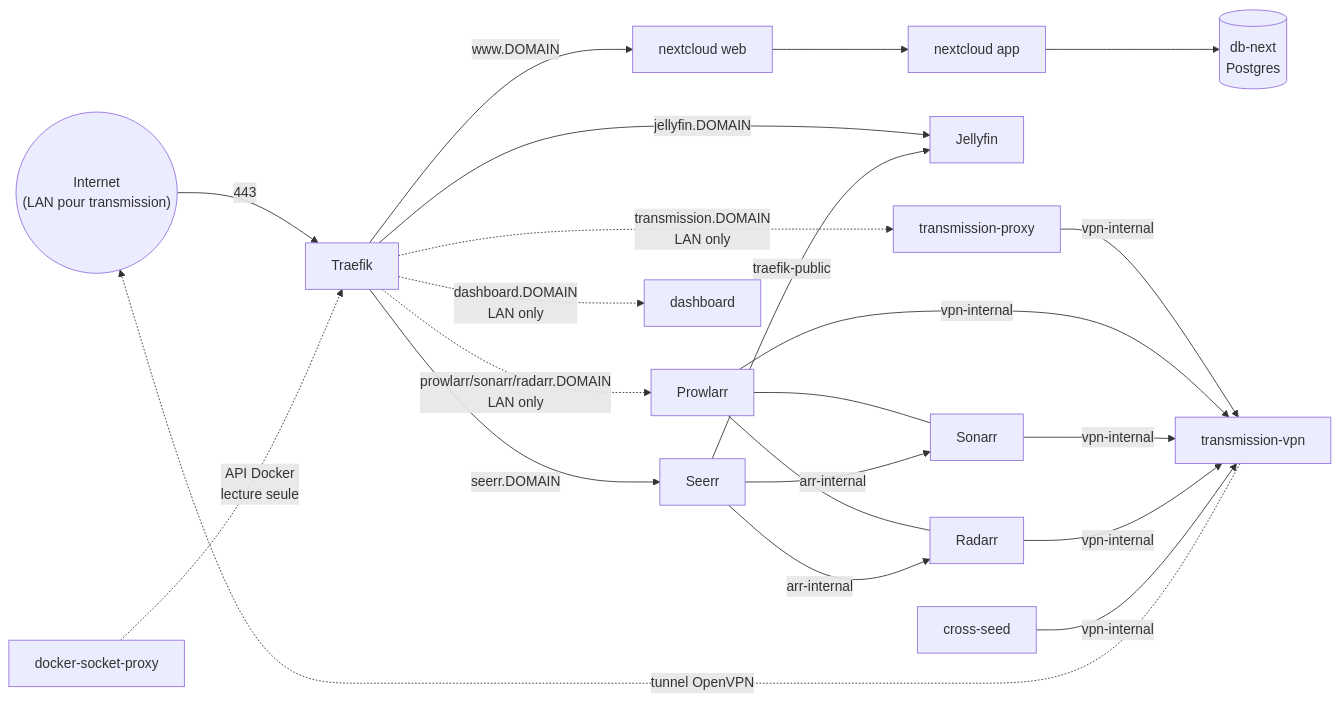
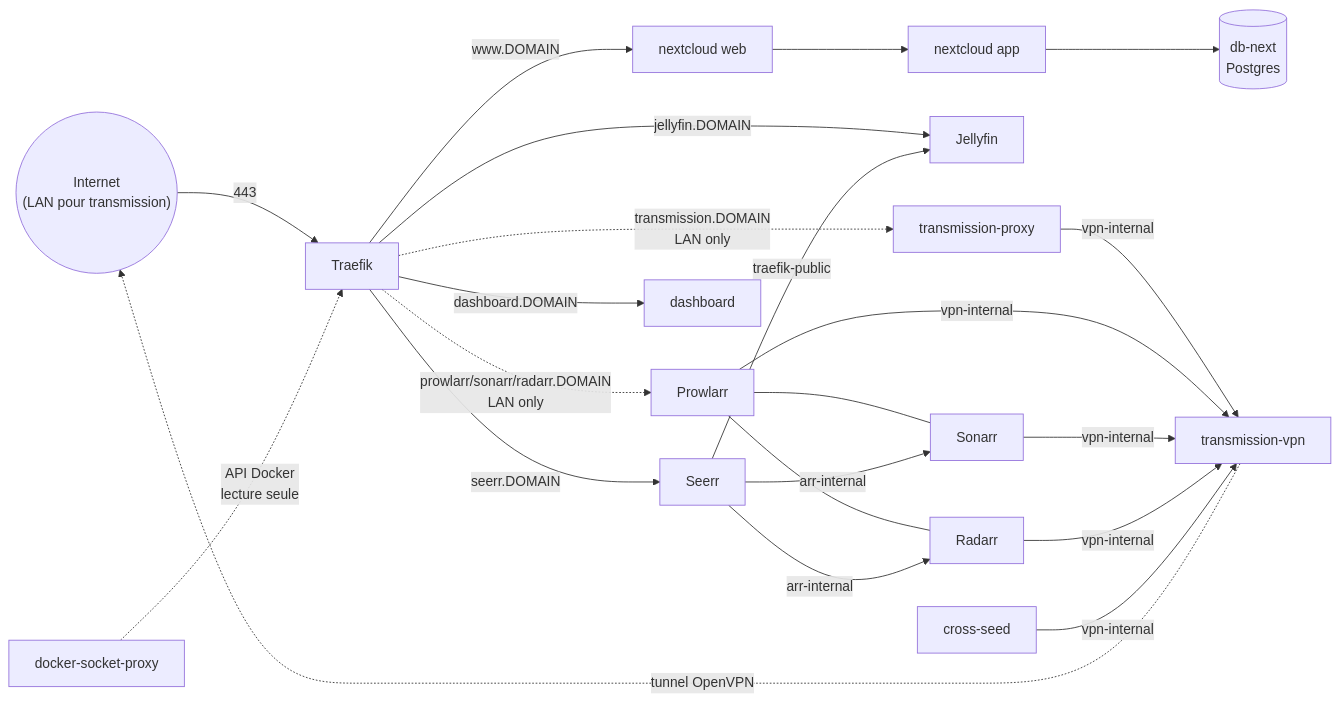
The diagram in README.md (nattyebola/home-server-services), drawn with Mermaid before and after one commit. The commit also changed other lines of this file and 3 other files, not shown here.

First line of the commit message:
feat(dashboard): exposer le dashboard au WAN, griser les cartes LAN-only côté client

````diff
--- a/README.md
+++ b/README.md
@@ -15,31 +15,31 @@
 ```mermaid
 flowchart LR
     Internet(("Internet\n(LAN pour transmission)")) -->|"443"| Traefik
 
     Traefik -->|"www.DOMAIN"| Web[nextcloud web]
     Web --> App[nextcloud app]
     App --> DB[("db-next\nPostgres")]
 
     Traefik -->|"jellyfin.DOMAIN"| Jellyfin
 
     Traefik -.->|"transmission.DOMAIN\nLAN only"| Proxy[transmission-proxy]
     Proxy -->|"vpn-internal"| VPN[transmission-vpn]
     VPN -.->|"tunnel OpenVPN"| Internet
 
     SocketProxy[docker-socket-proxy] -.->|"API Docker\nlecture seule"| Traefik
 
     Traefik -.->|"prowlarr/sonarr/radarr.DOMAIN\nLAN only"| Prowlarr
     Prowlarr --- Sonarr
     Prowlarr --- Radarr
     Prowlarr -->|"vpn-internal"| VPN
     Sonarr -->|"vpn-internal"| VPN
     Radarr -->|"vpn-internal"| VPN
     CrossSeed[cross-seed] -->|"vpn-internal"| VPN
 
     Traefik -->|"seerr.DOMAIN"| Seerr
     Seerr -->|"arr-internal"| Sonarr
     Seerr -->|"arr-internal"| Radarr
     Seerr -->|"traefik-public"| Jellyfin
 
-    Traefik -.->|"dashboard.DOMAIN\nLAN only"| Dashboard[dashboard]
+    Traefik -->|"dashboard.DOMAIN"| Dashboard[dashboard]
 ```
````
